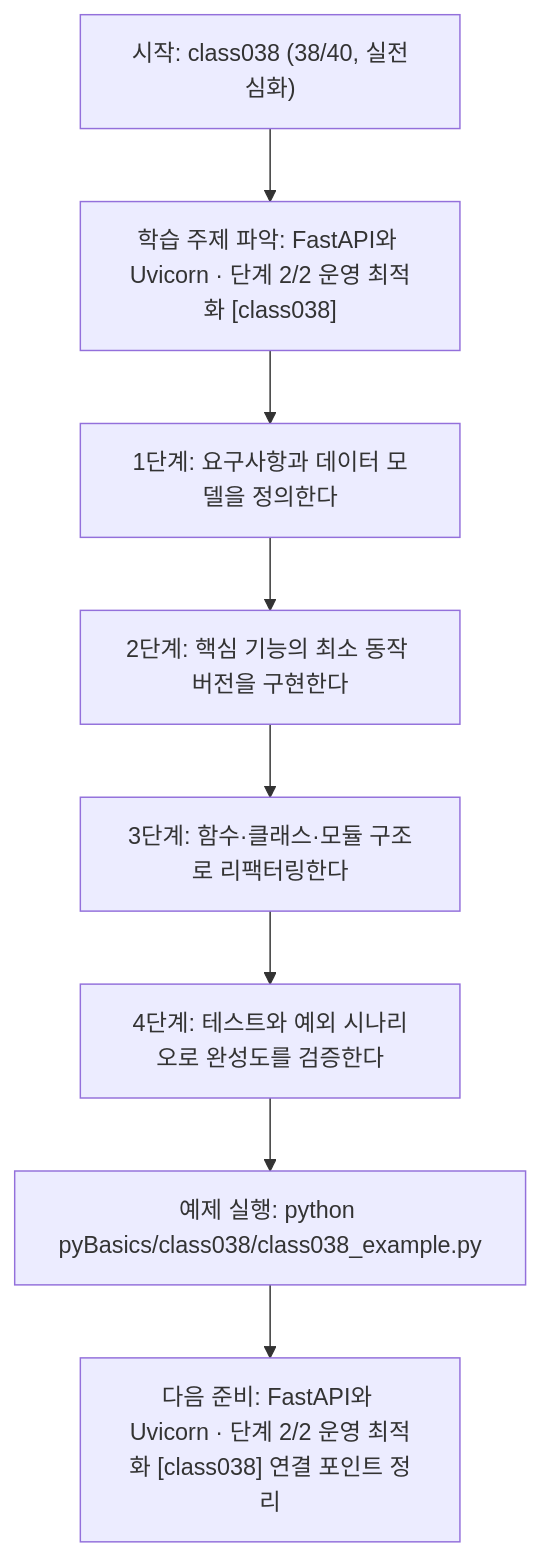
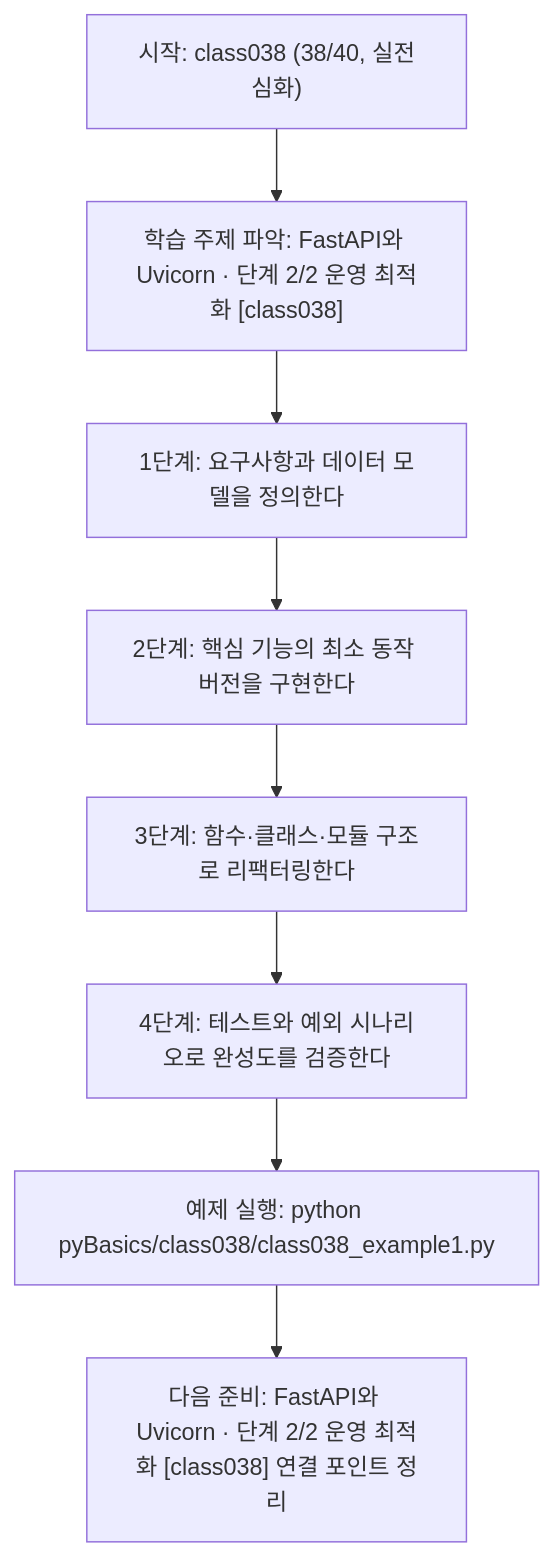
The diagram in pyBasics/class038/class038.md (edumgt/Python-AI_Agent-Class), drawn with Mermaid before and after one commit. The commit also changed other lines of this file and 2959 other files, not shown here.

````diff
--- a/pyBasics/class038/class038.md
+++ b/pyBasics/class038/class038.md
@@ -108,18 +108,18 @@
 ```mermaid
 flowchart TD
 N1["시작: class038 (38/40, 실전심화)"]
 N2["학습 주제 파악: FastAPI와 Uvicorn · 단계 2/2 운영 최적화 [class038]"]
 N3["1단계: 요구사항과 데이터 모델을 정의한다"]
 N4["2단계: 핵심 기능의 최소 동작 버전을 구현한다"]
 N5["3단계: 함수·클래스·모듈 구조로 리팩터링한다"]
 N6["4단계: 테스트와 예외 시나리오로 완성도를 검증한다"]
-N7["예제 실행: python pyBasics/class038/class038_example.py"]
+N7["예제 실행: python pyBasics/class038/class038_example1.py"]
 N8["다음 준비: FastAPI와 Uvicorn · 단계 2/2 운영 최적화 [class038] 연결 포인트 정리"]
 N1 --> N2
 N2 --> N3
 N3 --> N4
 N4 --> N5
 N5 --> N6
 N6 --> N7
 N7 --> N8
 ```
````
